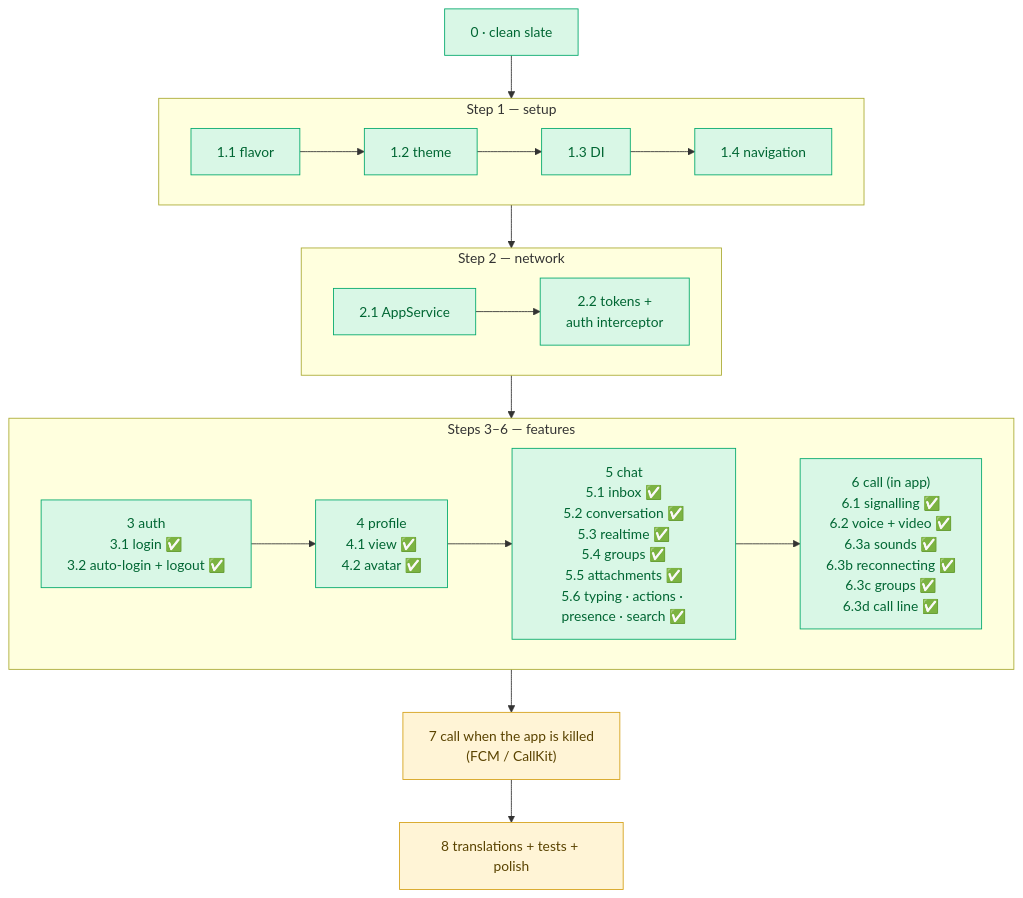
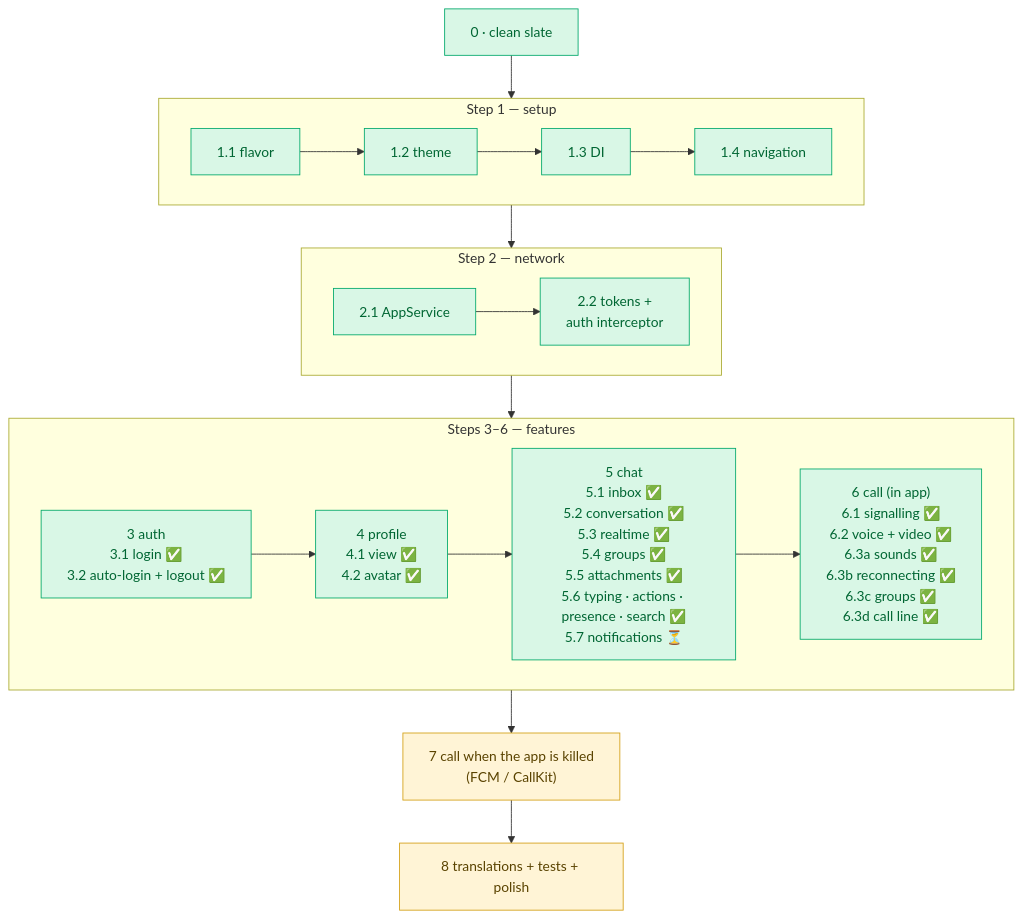
One commit to krouchvanyda/erp_flutter_claude changed the third of 3 diagrams in docs/learning/REBUILD/README.md. Above: the diagram before and after it, drawn with Mermaid. The commit also changed other lines of this file and 16 other files, not shown here.

First line of the commit message:
feat: implement chat notifications with visible push for offline users

````diff
--- a/docs/learning/REBUILD/README.md
+++ b/docs/learning/REBUILD/README.md
@@ -73,27 +73,27 @@
 ```mermaid
 flowchart TD
     S0["0 · clean slate"] --> STEP1
     subgraph STEP1["Step 1 — setup"]
         direction LR
         S11["1.1 flavor"] --> S12["1.2 theme"] --> S13["1.3 DI"] --> S14["1.4 navigation"]
     end
     STEP1 --> STEP2
     subgraph STEP2["Step 2 — network"]
         direction LR
         S21["2.1 AppService"] --> S22["2.2 tokens +<br/>auth interceptor"]
     end
     STEP2 --> FEATS
     subgraph FEATS["Steps 3–6 — features"]
         direction LR
-        S3["3 auth<br/>3.1 login ✅<br/>3.2 auto-login + logout ✅"] --> S4["4 profile<br/>4.1 view ✅<br/>4.2 avatar ✅"] --> S5["5 chat<br/>5.1 inbox ✅<br/>5.2 conversation ✅<br/>5.3 realtime ✅<br/>5.4 groups ✅<br/>5.5 attachments ✅<br/>5.6 typing · actions · presence · search ✅"] --> S6["6 call (in app)<br/>6.1 signalling ✅<br/>6.2 voice + video ✅<br/>6.3a sounds ✅<br/>6.3b reconnecting ✅<br/>6.3c groups ✅<br/>6.3d call line ✅"]
+        S3["3 auth<br/>3.1 login ✅<br/>3.2 auto-login + logout ✅"] --> S4["4 profile<br/>4.1 view ✅<br/>4.2 avatar ✅"] --> S5["5 chat<br/>5.1 inbox ✅<br/>5.2 conversation ✅<br/>5.3 realtime ✅<br/>5.4 groups ✅<br/>5.5 attachments ✅<br/>5.6 typing · actions · presence · search ✅<br/>5.7 notifications ⏳"] --> S6["6 call (in app)<br/>6.1 signalling ✅<br/>6.2 voice + video ✅<br/>6.3a sounds ✅<br/>6.3b reconnecting ✅<br/>6.3c groups ✅<br/>6.3d call line ✅"]
     end
     FEATS --> S7["7 call when the app is killed<br/>(FCM / CallKit)"] --> S8["8 translations + tests + polish"]
     class S0,S11,S12,S13,S14,S21,S22 ok
     class S3,S4,S5,S6 ok
     class S7,S8 wait
     classDef app fill:#dbe9ff,stroke:#3b6fd8,color:#123
     classDef ok fill:#d9f7e6,stroke:#00a86b,color:#063
     classDef wait fill:#fff4d6,stroke:#d4a017,color:#5a4300
     classDef none fill:#eeeeee,stroke:#999,color:#555
     classDef err fill:#fde2e2,stroke:#d64545,color:#611
 ```
````
